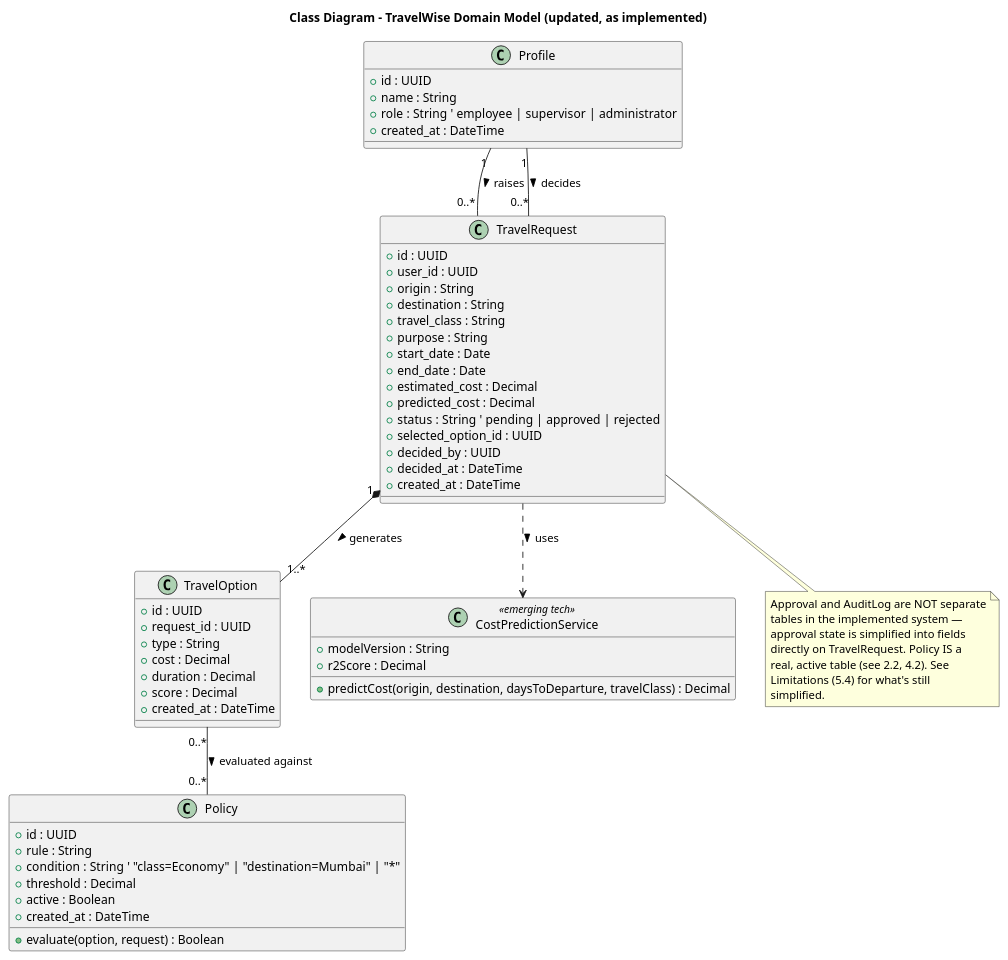
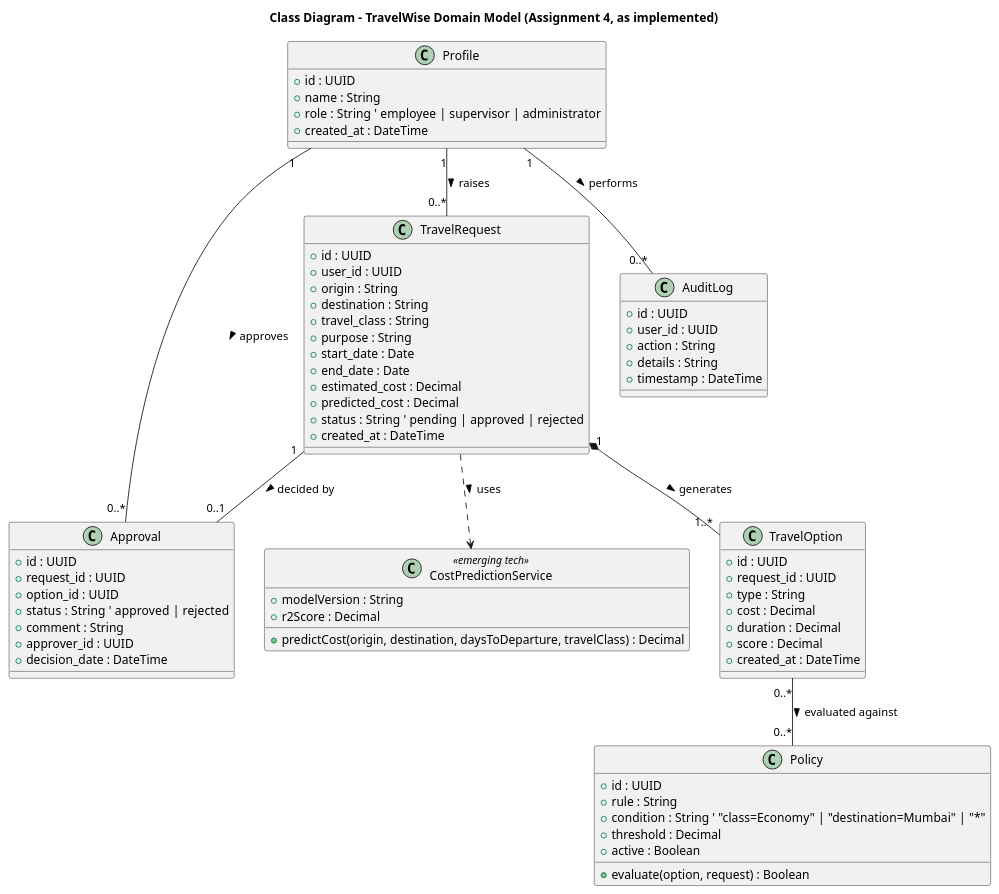
Before and after one commit to KeamogetseM/travelwise: the diagram in Assignments/tools/diagrams/class.puml, drawn with PlantUML. The commit also changed 8 other files, not shown here.

First line of the commit message:
Add Assignment 4 report and update diagrams to current reality

```diff
--- a/Assignments/tools/diagrams/class.puml
+++ b/Assignments/tools/diagrams/class.puml
@@ -1,71 +1,77 @@
 @startuml
-title Class Diagram - TravelWise Domain Model (updated, as implemented)
+title Class Diagram - TravelWise Domain Model (Assignment 4, as implemented)
 
 class Profile {
   +id : UUID
   +name : String
   +role : String  ' employee | supervisor | administrator
   +created_at : DateTime
 }
 
 class TravelRequest {
   +id : UUID
   +user_id : UUID
   +origin : String
   +destination : String
   +travel_class : String
   +purpose : String
   +start_date : Date
   +end_date : Date
   +estimated_cost : Decimal
   +predicted_cost : Decimal
   +status : String  ' pending | approved | rejected
-  +selected_option_id : UUID
-  +decided_by : UUID
-  +decided_at : DateTime
   +created_at : DateTime
 }
 
 class TravelOption {
   +id : UUID
   +request_id : UUID
   +type : String
   +cost : Decimal
   +duration : Decimal
   +score : Decimal
   +created_at : DateTime
 }
 
 class Policy {
   +id : UUID
   +rule : String
   +condition : String  ' "class=Economy" | "destination=Mumbai" | "*"
   +threshold : Decimal
   +active : Boolean
-  +created_at : DateTime
   +evaluate(option, request) : Boolean
+}
+
+class Approval {
+  +id : UUID
+  +request_id : UUID
+  +option_id : UUID
+  +status : String  ' approved | rejected
+  +comment : String
+  +approver_id : UUID
+  +decision_date : DateTime
+}
+
+class AuditLog {
+  +id : UUID
+  +user_id : UUID
+  +action : String
+  +details : String
+  +timestamp : DateTime
 }
 
 class "CostPredictionService" as CPS <<emerging tech>> {
   +modelVersion : String
   +r2Score : Decimal
   +predictCost(origin, destination, daysToDeparture, travelClass) : Decimal
 }
 
 Profile "1" -- "0..*" TravelRequest : raises >
 TravelRequest "1" *-- "1..*" TravelOption : generates >
 TravelRequest ..> CPS : uses >
-Profile "1" -- "0..*" TravelRequest : decides >
+TravelRequest "1" -- "0..1" Approval : decided by >
+Profile "1" -- "0..*" Approval : approves >
 TravelOption "0..*" -- "0..*" Policy : evaluated against >
-
-note bottom of TravelRequest
-  Approval and AuditLog are NOT separate
-  tables in the implemented system —
-  approval state is simplified into fields
-  directly on TravelRequest. Policy IS a
-  real, active table (see 2.2, 4.2). See
-  Limitations (5.4) for what's still
-  simplified.
-end note
+Profile "1" -- "0..*" AuditLog : performs >
 
 @enduml
```
